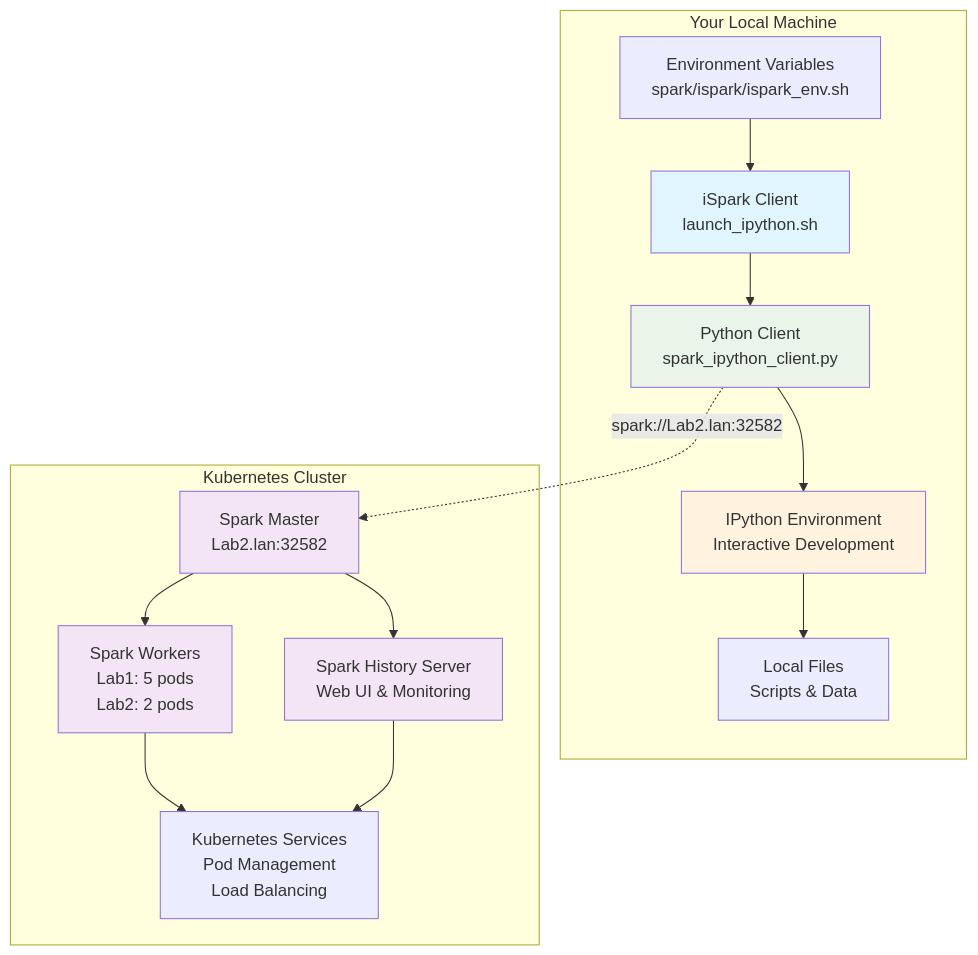
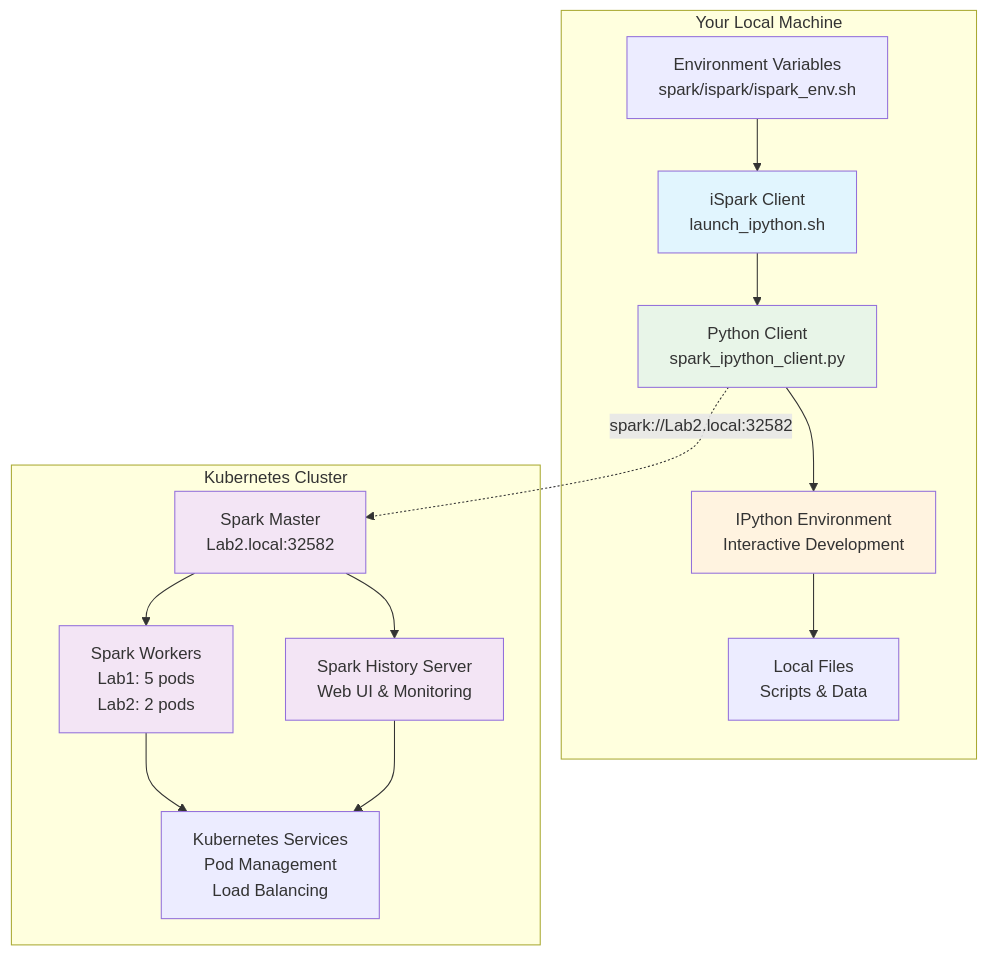
Before and after one commit to gxbrooks/spark-observability: the diagram in docs/Spark_Client.mmd, drawn with Mermaid. The commit also changed 59 other files, not shown here.

First line of the commit message:
fix: Migrate from *.lan to *.local FQDNs after router reboot

```diff
--- a/docs/Spark_Client.mmd
+++ b/docs/Spark_Client.mmd
@@ -1,33 +1,33 @@
 graph TB
     subgraph "Your Local Machine"
         A[iSpark Client<br/>launch_ipython.sh]
         B[Python Client<br/>spark_ipython_client.py]
         C[IPython Environment<br/>Interactive Development]
         D[Local Files<br/>Scripts & Data]
         E[Environment Variables<br/>spark/ispark/ispark_env.sh]
     end
     
     subgraph "Kubernetes Cluster"
-        F[Spark Master<br/>Lab2.lan:32582]
+        F[Spark Master<br/>Lab2.local:32582]
         G[Spark Workers<br/>Lab1: 5 pods<br/>Lab2: 2 pods]
         H[Spark History Server<br/>Web UI & Monitoring]
         I[Kubernetes Services<br/>Pod Management<br/>Load Balancing]
     end
     
     A --> B
     B --> C
     C --> D
     E --> A
     
-    B -.->|"spark://Lab2.lan:32582"| F
+    B -.->|"spark://Lab2.local:32582"| F
     F --> G
     F --> H
     G --> I
     H --> I
     
     style A fill:#e1f5fe
     style B fill:#e8f5e8
     style C fill:#fff3e0
     style F fill:#f3e5f5
     style G fill:#f3e5f5
     style H fill:#f3e5f5
```
